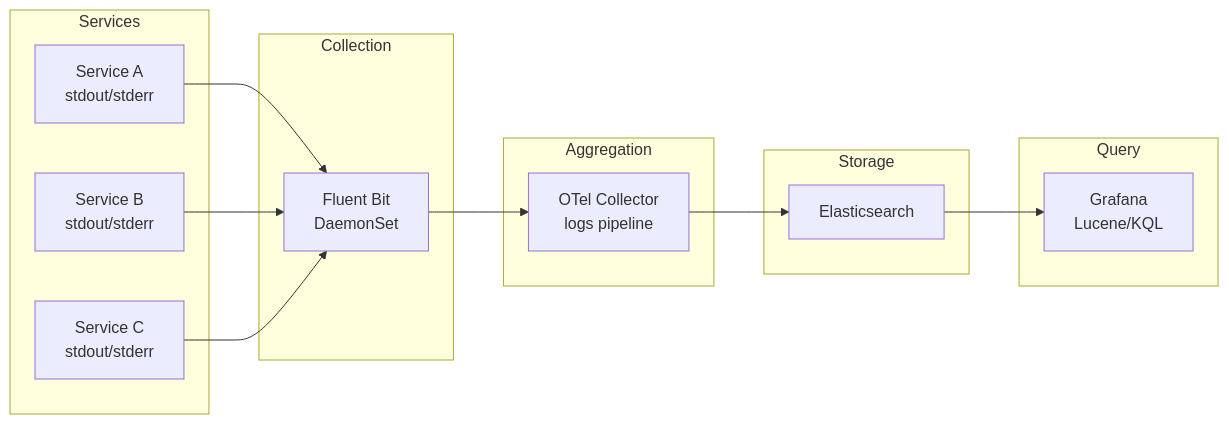
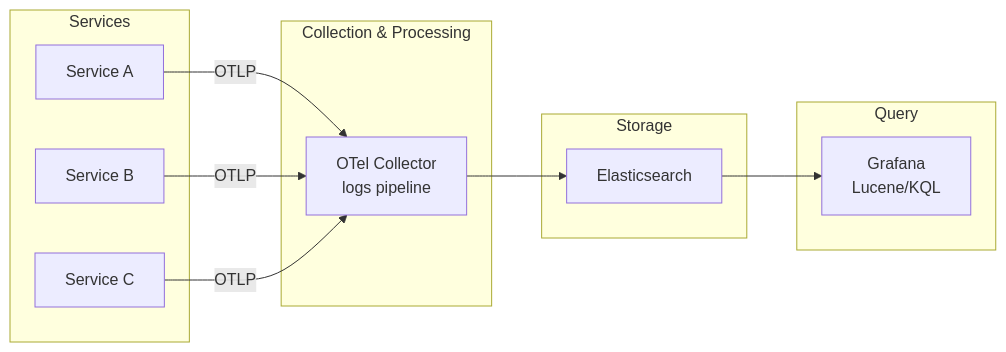
The seventh of 20 diagrams in ARCHITECTURE.md (tordynnar/architecture_ideas), drawn with Mermaid before and after one commit. The commit also changed other lines of this file, not shown here.

First line of the commit message:
Replace Kubernetes with Docker Compose deployment architecture

````diff
--- a/ARCHITECTURE.md
+++ b/ARCHITECTURE.md
@@ -346,31 +346,26 @@
 ```mermaid
 flowchart LR
     subgraph "Services"
-        S1[Service A<br/>stdout/stderr]
-        S2[Service B<br/>stdout/stderr]
-        S3[Service C<br/>stdout/stderr]
+        S1[Service A]
+        S2[Service B]
+        S3[Service C]
     end
 
-    subgraph "Collection"
-        FB[Fluent Bit<br/>DaemonSet]
-    end
-
-    subgraph "Aggregation"
+    subgraph "Collection & Processing"
         OTEL[OTel Collector<br/>logs pipeline]
     end
 
     subgraph "Storage"
         ES[Elasticsearch]
     end
 
     subgraph "Query"
         GRAFANA[Grafana<br/>Lucene/KQL]
     end
 
-    S1 --> FB
-    S2 --> FB
-    S3 --> FB
-    FB --> OTEL
+    S1 -->|OTLP| OTEL
+    S2 -->|OTLP| OTEL
+    S3 -->|OTLP| OTEL
     OTEL --> ES
     ES --> GRAFANA
 ```
````
